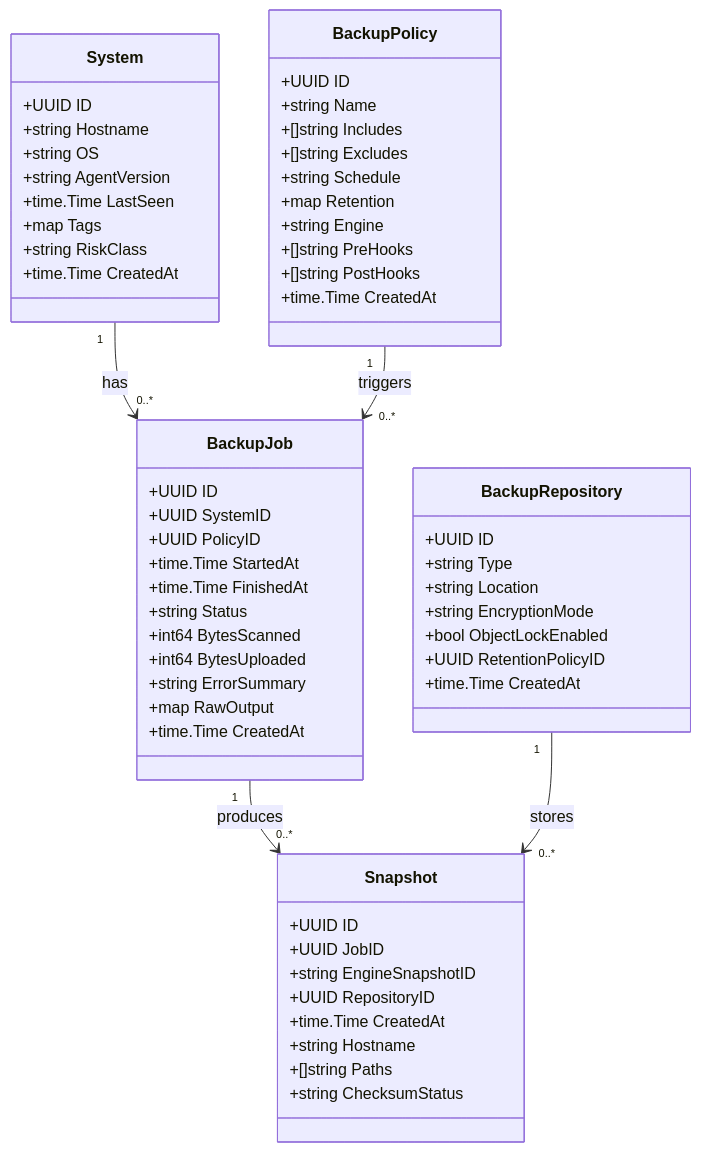
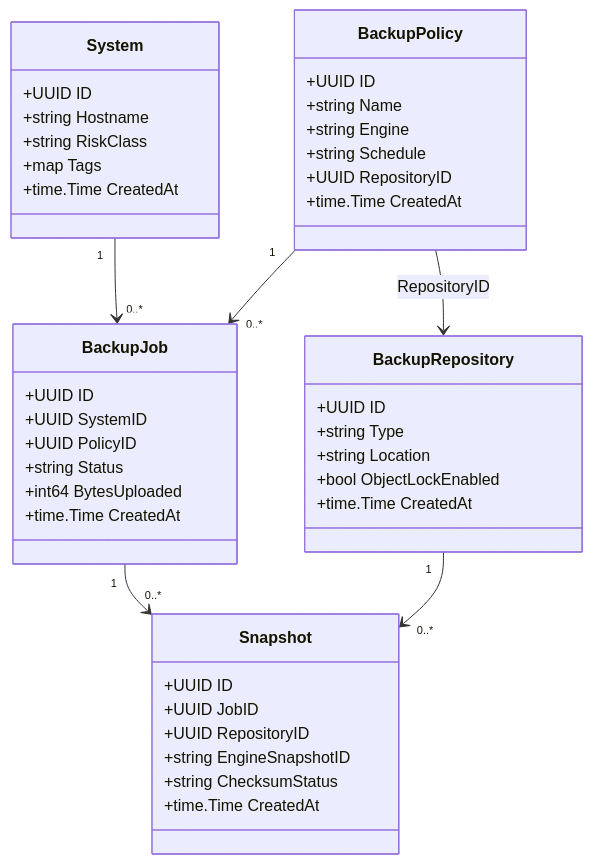
Before and after one commit to lucky7xz/opensourcebackup: the second of 9 diagrams in docs/uml.md, drawn with Mermaid. The commit also changed other lines of this file and 9 other files, not shown here.

````diff
--- a/docs/uml.md
+++ b/docs/uml.md
@@ -53,66 +51,46 @@
 ```mermaid
 classDiagram
     class System {
         +UUID ID
         +string Hostname
-        +string OS
-        +string AgentVersion
-        +time.Time LastSeen
+        +string RiskClass
         +map Tags
-        +string RiskClass
         +time.Time CreatedAt
     }
-
     class BackupRepository {
         +UUID ID
         +string Type
         +string Location
-        +string EncryptionMode
         +bool ObjectLockEnabled
-        +UUID RetentionPolicyID
         +time.Time CreatedAt
     }
-
     class BackupPolicy {
         +UUID ID
         +string Name
-        +[]string Includes
-        +[]string Excludes
+        +string Engine
         +string Schedule
-        +map Retention
-        +string Engine
-        +[]string PreHooks
-        +[]string PostHooks
+        +UUID RepositoryID
         +time.Time CreatedAt
     }
-
     class BackupJob {
         +UUID ID
         +UUID SystemID
         +UUID PolicyID
-        +time.Time StartedAt
-        +time.Time FinishedAt
         +string Status
-        +int64 BytesScanned
         +int64 BytesUploaded
-        +string ErrorSummary
-        +map RawOutput
         +time.Time CreatedAt
     }
-
     class Snapshot {
         +UUID ID
         +UUID JobID
+        +UUID RepositoryID
         +string EngineSnapshotID
-        +UUID RepositoryID
+        +string ChecksumStatus
         +time.Time CreatedAt
-        +string Hostname
-        +[]string Paths
-        +string ChecksumStatus
     }
-
-    System "1" --> "0..*" BackupJob : has
-    BackupPolicy "1" --> "0..*" BackupJob : triggers
-    BackupJob "1" --> "0..*" Snapshot : produces
-    BackupRepository "1" --> "0..*" Snapshot : stores
+    System "1" --> "0..*" BackupJob
+    BackupPolicy "1" --> "0..*" BackupJob
+    BackupPolicy --> BackupRepository : RepositoryID
+    BackupJob "1" --> "0..*" Snapshot
+    BackupRepository "1" --> "0..*" Snapshot
 ```
````
